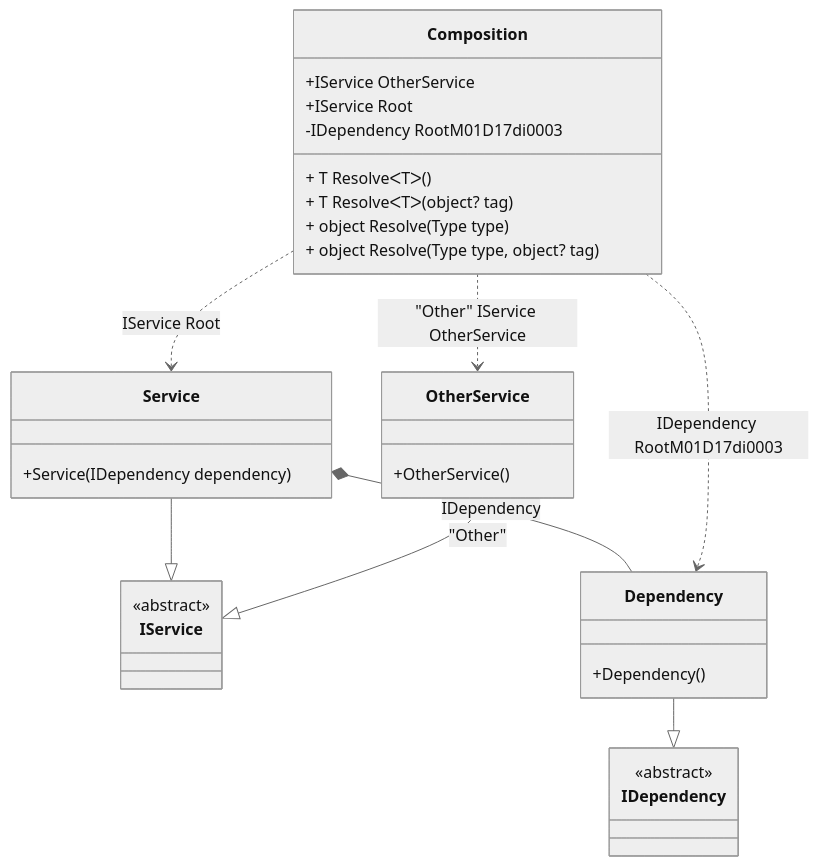
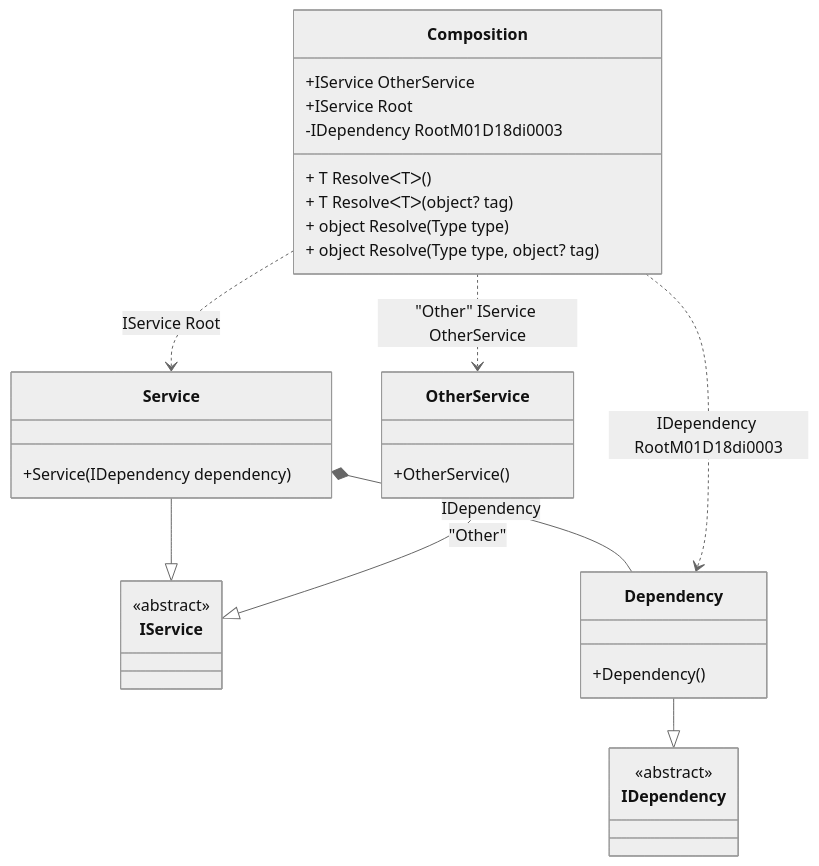
The diagram in readme/composition-roots.md (DevTeam/Pure.DI), drawn with Mermaid (neutral theme) before and after one commit. The commit also changed other lines of this file and 84 other files, not shown here.

````diff
--- a/readme/composition-roots.md
+++ b/readme/composition-roots.md
@@ -43,34 +43,34 @@
 ```mermaid
 classDiagram
   class Composition {
     +IService OtherService
     +IService Root
-    -IDependency RootM01D17di0003
+    -IDependency RootM01D18di0003
     + T ResolveᐸTᐳ()
     + T ResolveᐸTᐳ(object? tag)
     + object Resolve(Type type)
     + object Resolve(Type type, object? tag)
   }
   Service --|> IService : 
   class Service {
     +Service(IDependency dependency)
   }
   OtherService --|> IService : "Other" 
   class OtherService {
     +OtherService()
   }
   Dependency --|> IDependency : 
   class Dependency {
     +Dependency()
   }
   class IService {
     <<abstract>>
   }
   class IDependency {
     <<abstract>>
   }
   Service *--  Dependency : IDependency
   Composition ..> Service : IService Root
   Composition ..> OtherService : "Other" IService OtherService
-  Composition ..> Dependency : IDependency RootM01D17di0003
+  Composition ..> Dependency : IDependency RootM01D18di0003
 ```
````
